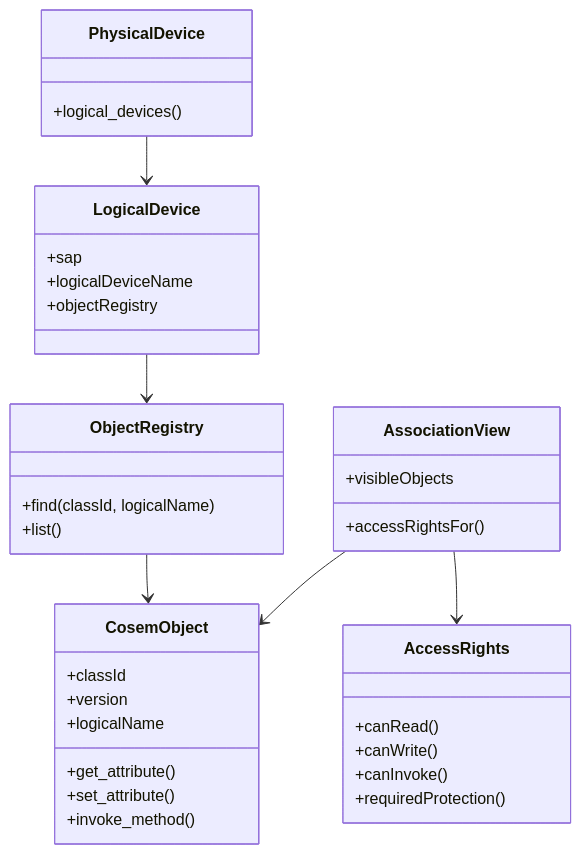
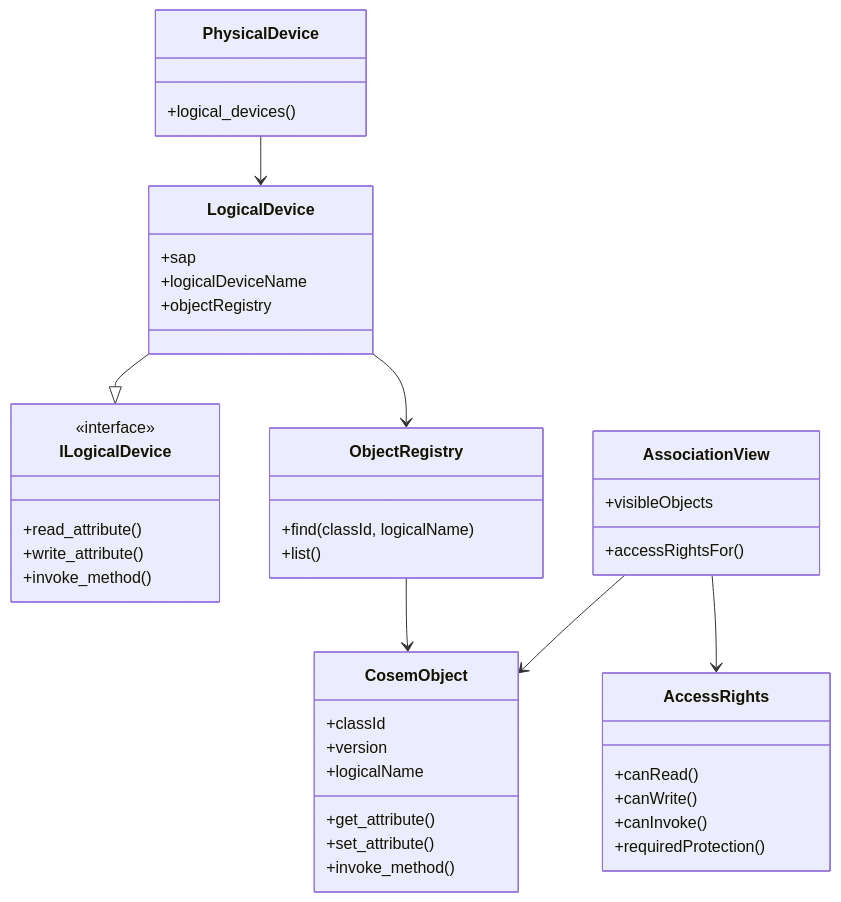
Before and after one commit to gvtret/dlms: the ninth of 12 diagrams in docs/system_architecture.md, drawn with Mermaid. The commit also changed other lines of this file and 15 other files, not shown here.

First line of the commit message:
refactor: add logical device dispatch port

````diff
--- a/docs/system_architecture.md
+++ b/docs/system_architecture.md
@@ -756,44 +756,52 @@
 ```mermaid
 classDiagram
   class PhysicalDevice {
     +logical_devices()
   }
 
   class LogicalDevice {
     +sap
     +logicalDeviceName
     +objectRegistry
+  }
+
+  class ILogicalDevice {
+    <<interface>>
+    +read_attribute()
+    +write_attribute()
+    +invoke_method()
   }
 
   class CosemObject {
     +classId
     +version
     +logicalName
     +get_attribute()
     +set_attribute()
     +invoke_method()
   }
 
   class ObjectRegistry {
     +find(classId, logicalName)
     +list()
   }
 
   class AssociationView {
     +visibleObjects
     +accessRightsFor()
   }
 
   class AccessRights {
     +canRead()
     +canWrite()
     +canInvoke()
     +requiredProtection()
   }
 
   PhysicalDevice --> LogicalDevice
+  LogicalDevice --|> ILogicalDevice
   LogicalDevice --> ObjectRegistry
   ObjectRegistry --> CosemObject
   AssociationView --> AccessRights
   AssociationView --> CosemObject
 ```
````
